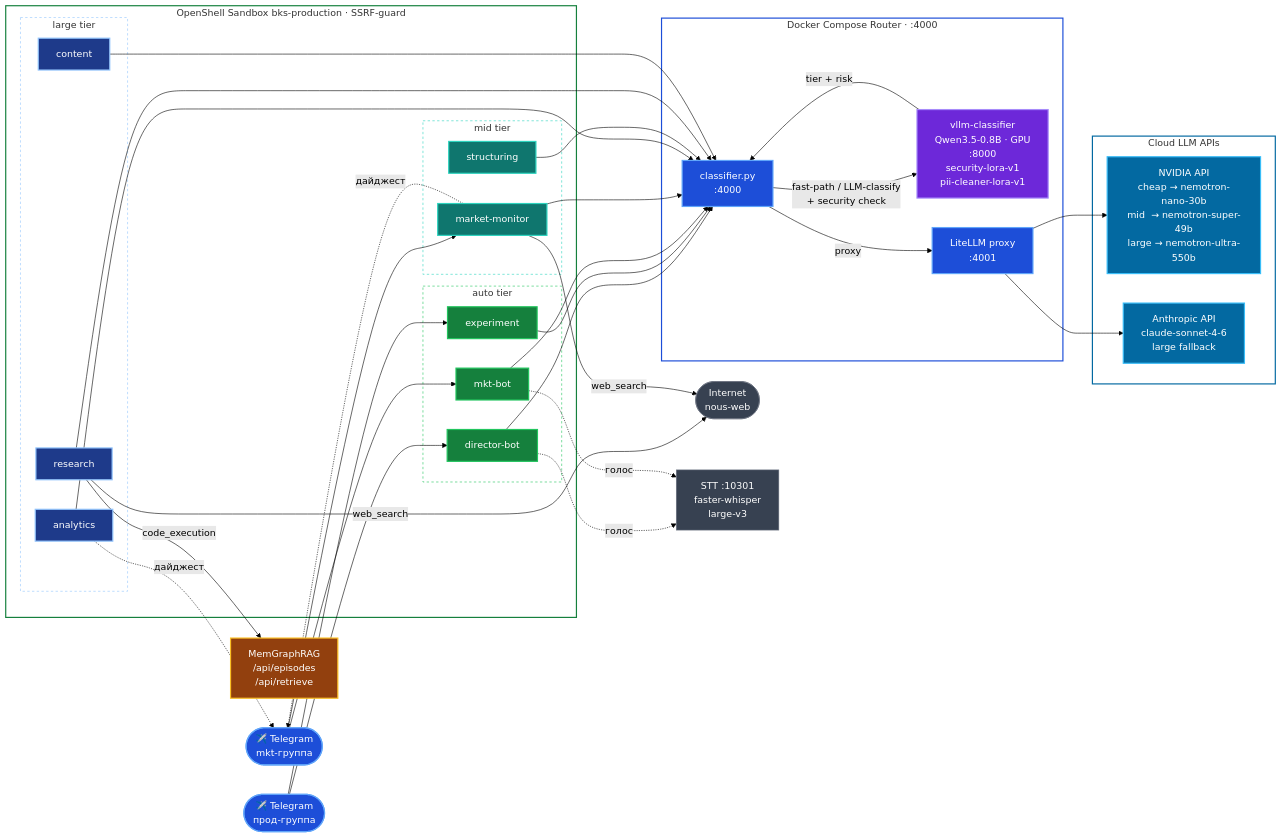
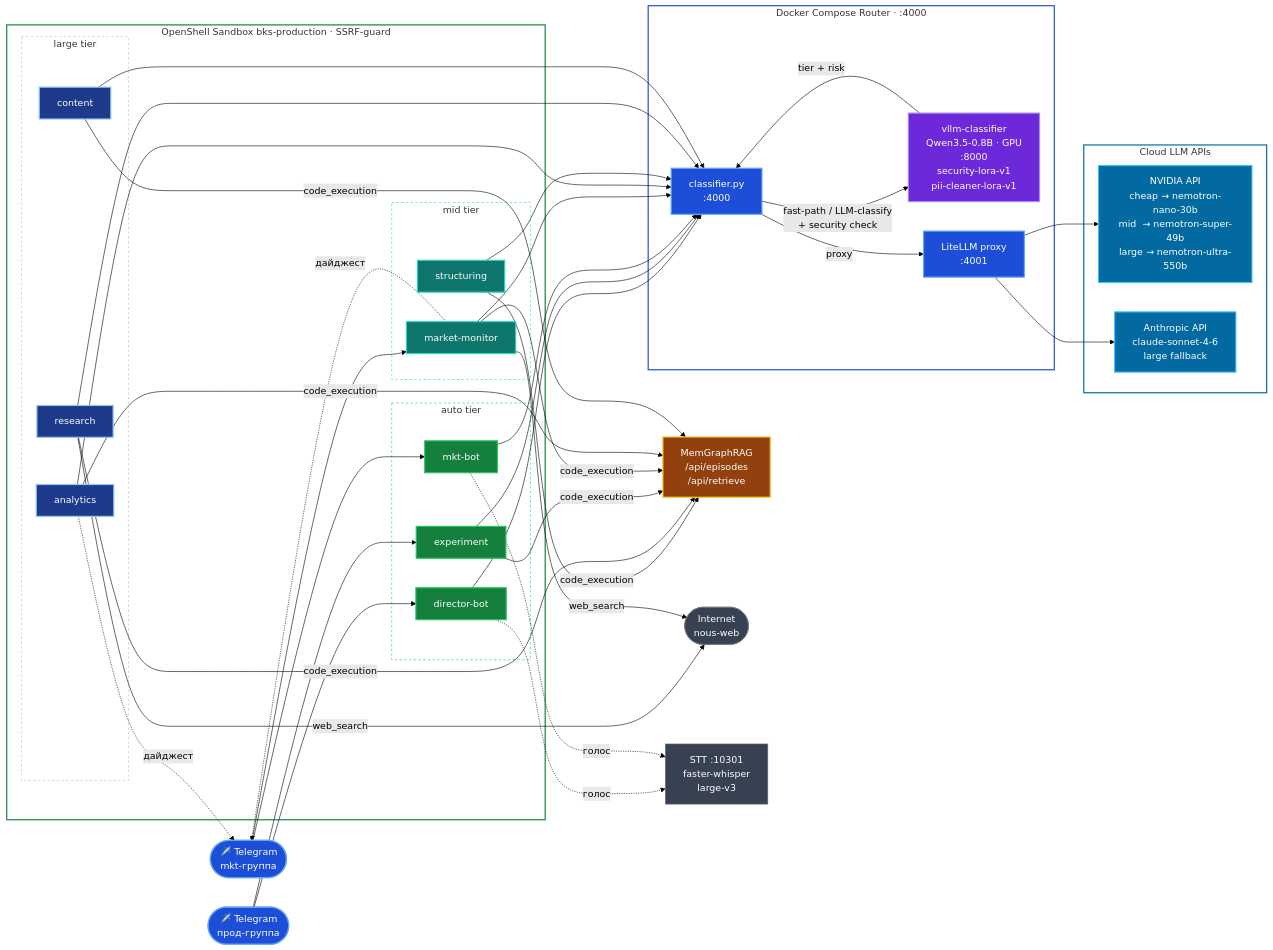
One commit to rndkrkn-boop/bks-infra-docs changed the third of 6 diagrams in ARCHITECTURE_MERMAID.md. Above: the diagram before and after it, drawn with Mermaid (forest theme). The commit also changed 1 other file, not shown here.

Commit message:
docs: correct MemGraphRAG integration scope in architecture docs
Both ARCHITECTURE.md and ARCHITECTURE_MERMAID.md claimed only `research`
talks to MemGraphRAG. In reality six profiles do (structuring, research,
experiment, market-monitor, analytics, content) — found while auditing
bksamotsvety's MemGraphRAG integration. Also corrects which profiles have
the built-in Hermes memory toolset enabled (research, experiment, analytics
— not just research).

````diff
--- a/ARCHITECTURE_MERMAID.md
+++ b/ARCHITECTURE_MERMAID.md
@@ -205,68 +205,68 @@
 ```mermaid
 flowchart LR
     classDef tg      fill:#1d4ed8,stroke:#60a5fa,color:#fff,stroke-width:2px
     classDef auto    fill:#15803d,stroke:#22c55e,color:#fff,stroke-width:2px
     classDef mid     fill:#0f766e,stroke:#2dd4bf,color:#fff,stroke-width:2px
     classDef large   fill:#1e3a8a,stroke:#93c5fd,color:#fff,stroke-width:2px
     classDef router  fill:#1d4ed8,stroke:#60a5fa,color:#fff,stroke-width:2px
     classDef vllm    fill:#6d28d9,stroke:#a78bfa,color:#fff,stroke-width:2px
     classDef cloud   fill:#0369a1,stroke:#38bdf8,color:#fff,stroke-width:2px
     classDef memory  fill:#92400e,stroke:#fbbf24,color:#fff,stroke-width:2px
     classDef ext     fill:#374151,stroke:#6b7280,color:#fff,stroke-width:1px
 
     TGP(["✈️ Telegram\nпрод-группа"]):::tg
     TGM(["✈️ Telegram\nmkt-группа"]):::tg
 
     subgraph SAND["OpenShell Sandbox  bks-production  ·  SSRF-guard"]
         subgraph GA["auto tier"]
             DB["director-bot"]:::auto
             EXP["experiment"]:::auto
             MKT["mkt-bot"]:::auto
         end
         subgraph GM["mid tier"]
             MM["market-monitor"]:::mid
             ST["structuring"]:::mid
         end
         subgraph GL["large tier"]
             AN["analytics"]:::large
             RS["research"]:::large
             CN["content"]:::large
         end
     end
 
     TGP --> DB & EXP
     TGM --> MKT & MM
     AN & MM -.->|дайджест| TGM
 
     subgraph ROUTER["Docker Compose Router · :4000"]
         CLS["classifier.py\n:4000"]:::router
         VLLM_K["vllm-classifier\nQwen3.5-0.8B · GPU\n:8000\nsecurity-lora-v1\npii-cleaner-lora-v1"]:::vllm
         LL["LiteLLM proxy\n:4001"]:::router
         CLS -->|"fast-path / LLM-classify\n+ security check"| VLLM_K
         VLLM_K -->|"tier + risk"| CLS
         CLS -->|proxy| LL
     end
 
     DB & EXP & MKT & MM & AN & ST & RS & CN --> CLS
 
     subgraph CLOUD["Cloud LLM APIs"]
         NV["NVIDIA API\ncheap → nemotron-nano-30b\nmid  → nemotron-super-49b\nlarge → nemotron-ultra-550b"]:::cloud
         AC["Anthropic API\nclaude-sonnet-4-6\nlarge fallback"]:::cloud
     end
     LL --> NV & AC
 
     MGR["MemGraphRAG\n/api/episodes\n/api/retrieve"]:::memory
     WEB(["Internet\nnous-web"]):::ext
     STT["STT :10301\nfaster-whisper\nlarge-v3"]:::ext
 
-    RS -->|code_execution| MGR
+    ST & RS & EXP & MM & AN & CN -->|code_execution| MGR
     RS & MM -->|web_search| WEB
     DB & MKT -.->|голос| STT
 
     style SAND   fill:none,stroke:#15803d,stroke-width:2px
     style GA     fill:none,stroke:#22c55e,stroke-width:1px,stroke-dasharray:4
     style GM     fill:none,stroke:#2dd4bf,stroke-width:1px,stroke-dasharray:4
     style GL     fill:none,stroke:#93c5fd,stroke-width:1px,stroke-dasharray:4
     style ROUTER fill:none,stroke:#1d4ed8,stroke-width:2px
     style CLOUD  fill:none,stroke:#0369a1,stroke-width:2px
 ```
````
